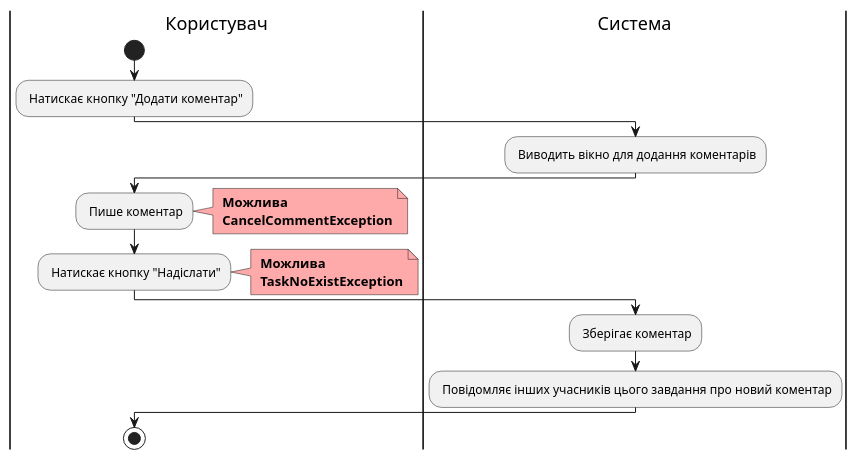
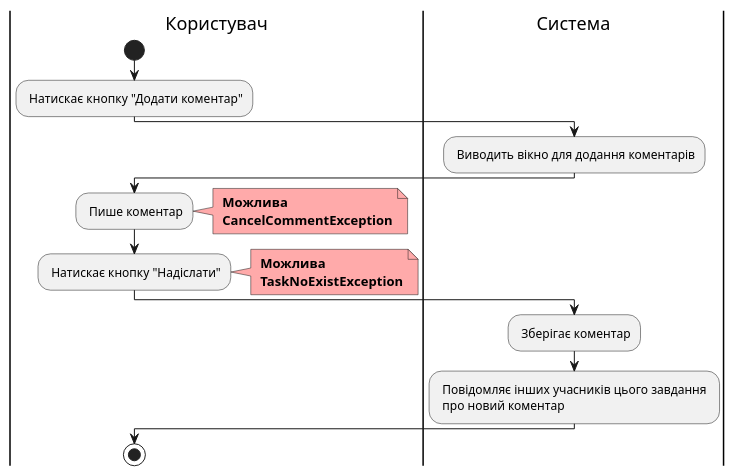
Diagram 14 of 23 in docs/use cases/README.md (witchkaa/databases-course-work), drawn with PlantUML before and after one commit. The commit also changed other lines of this file and 1 other file, not shown here.

```diff
--- a/docs/use cases/README.md
+++ b/docs/use cases/README.md
@@ -545,28 +545,28 @@
 @startuml
 
     |Користувач|
     start;
     : Натискає кнопку "Додати коментар";
 
     |Система|
         : Виводить вікно для додання коментарів;
 
     |Користувач|
     : Пише коментар;
     note right #ffaaaa
     <b> Можлива
     <b> CancelCommentException
     end note
     : Натискає кнопку "Надіслати";
     note right #ffaaaa
     <b> Можлива
     <b> TaskNoExistException
     end note
     
     |Система|
     : Зберігає коментар;
-    : Повідомляє інших учасників цього завдання про новий коментар;
+    : Повідомляє інших учасників цього завдання \n про новий коментар;
 
     |Користувач|
         stop;
 @enduml
```
